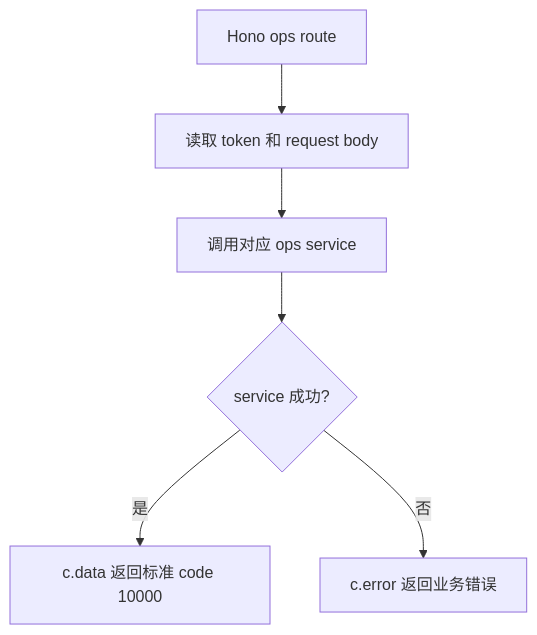
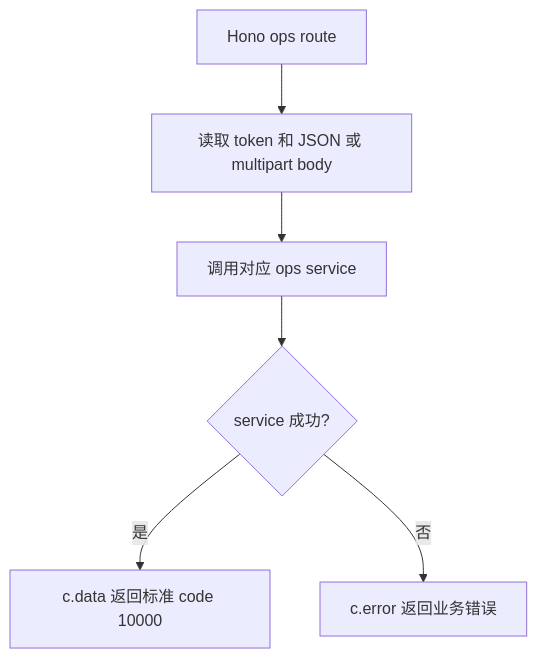
The diagram in ikanyue.mapi.hono/src/routes/ops/handlers.js.md (imatrixme/ikanyue), drawn with Mermaid before and after one commit. The commit also changed other lines of this file and 21 other files, not shown here.

````diff
--- a/ikanyue.mapi.hono/src/routes/ops/handlers.js.md
+++ b/ikanyue.mapi.hono/src/routes/ops/handlers.js.md
@@ -5,8 +5,8 @@
 ```mermaid
 flowchart TD
-    A[Hono ops route] --> B[读取 token 和 request body]
+    A[Hono ops route] --> B[读取 token 和 JSON 或 multipart body]
     B --> C[调用对应 ops service]
     C --> D{service 成功?}
     D -->|是| E[c.data 返回标准 code 10000]
     D -->|否| F[c.error 返回业务错误]
 ```
````
